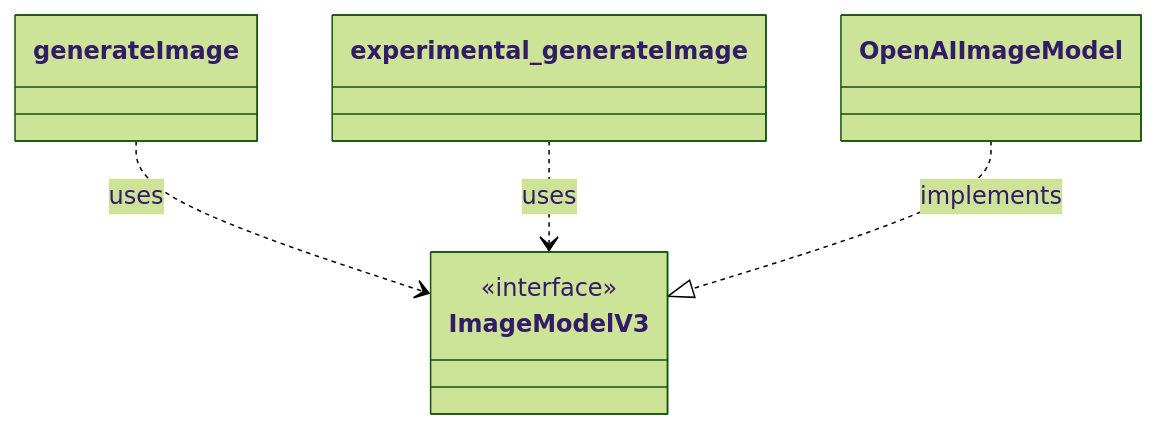
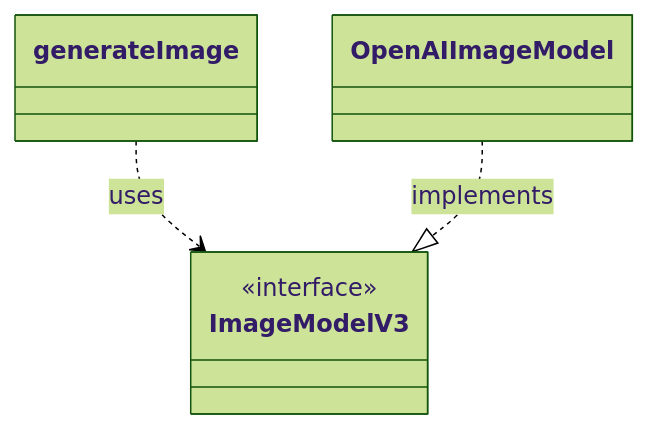
Before and after one commit to vercel/ai: the fourth of 8 diagrams in architecture/provider-abstraction.md, drawn with Mermaid (forest theme). The commit also changed other lines of this file, not shown here.

````diff
--- a/architecture/provider-abstraction.md
+++ b/architecture/provider-abstraction.md
@@ -94,13 +93,11 @@
 ```mermaid
 classDiagram
     class generateImage
-    class experimental_generateImage
     class ImageModelV3 {
       <<interface>>
     }
     class OpenAIImageModel
 
     generateImage ..> ImageModelV3 : uses
-    experimental_generateImage ..> ImageModelV3 : uses
     OpenAIImageModel ..|> ImageModelV3 : implements
 ```
````
